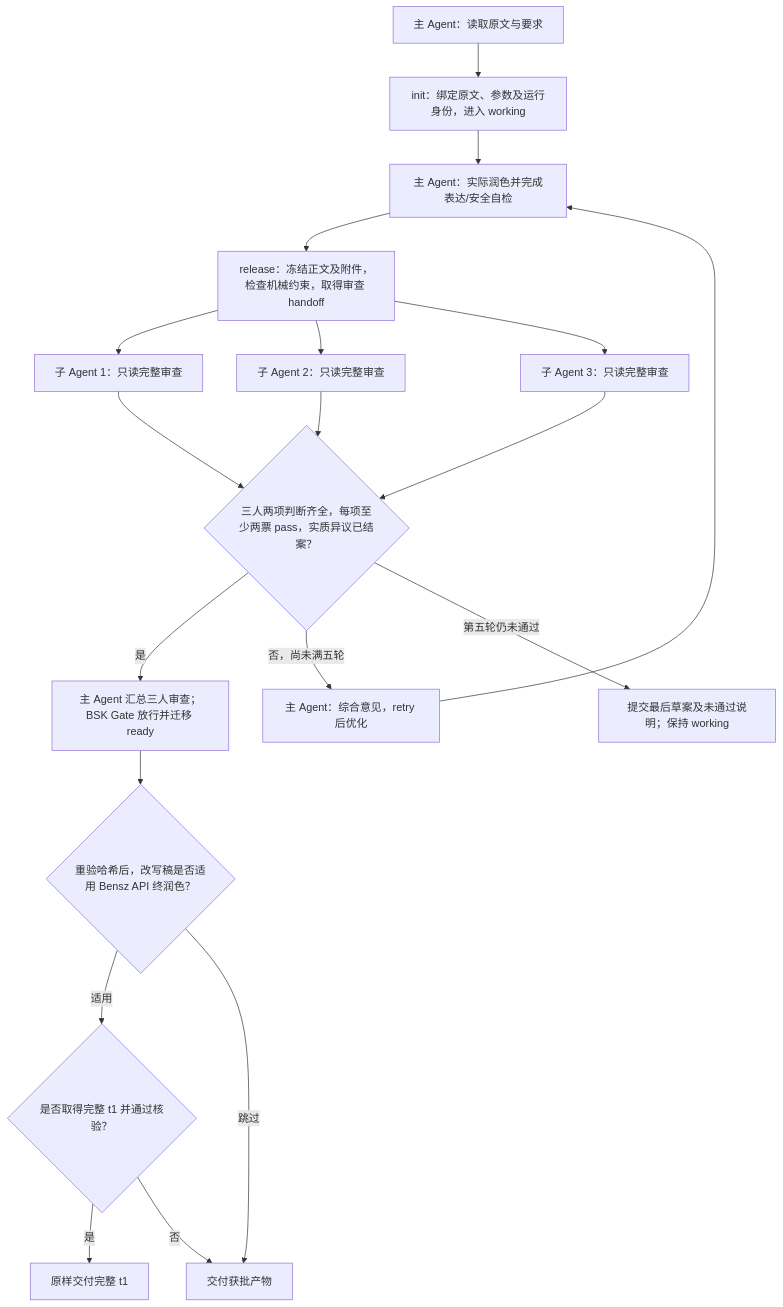
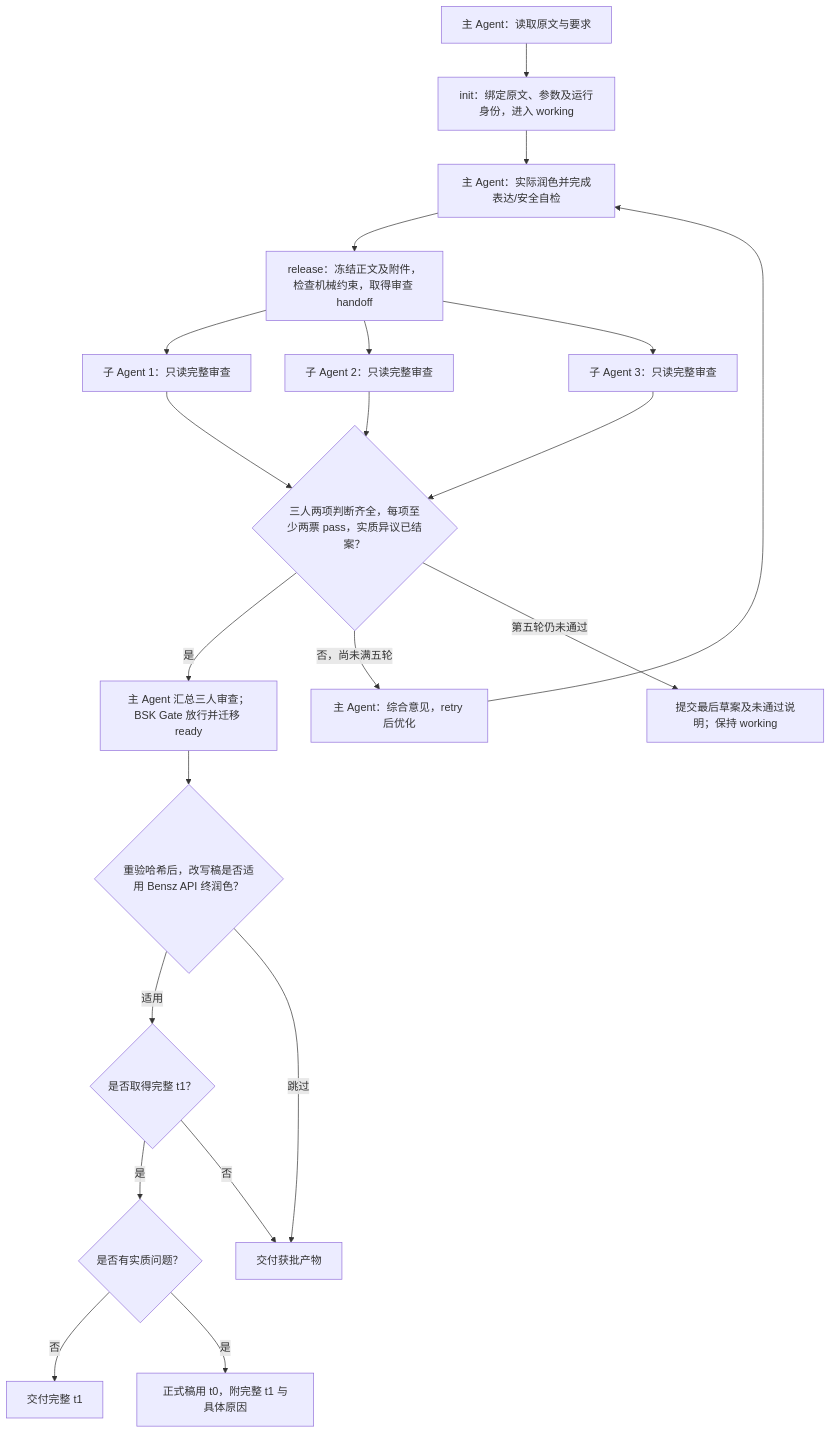
One commit to huangwb8/skills changed the diagram in skills/alpha/humanization/README.md. Above: the diagram before and after it, drawn with Mermaid. The commit also changed other lines of this file and 28 other files, not shown here.

````diff
--- a/skills/alpha/humanization/README.md
+++ b/skills/alpha/humanization/README.md
@@ -40,21 +40,23 @@
 ```mermaid
 flowchart TD
     A["主 Agent：读取原文与要求"] --> B["init：绑定原文、参数及运行身份，进入 working"]
     B --> C["主 Agent：实际润色并完成表达/安全自检"]
     C --> D["release：冻结正文及附件，检查机械约束，取得审查 handoff"]
     D --> R1["子 Agent 1：只读完整审查"]
     D --> R2["子 Agent 2：只读完整审查"]
     D --> R3["子 Agent 3：只读完整审查"]
     R1 --> Q{"三人两项判断齐全，每项至少两票 pass，实质异议已结案？"}
     R2 --> Q
     R3 --> Q
     Q -->|是| G["主 Agent 汇总三人审查；BSK Gate 放行并迁移 ready"]
     G --> F{"重验哈希后，改写稿是否适用 Bensz API 终润色？"}
-    F -->|适用| P{"是否取得完整 t1 并通过核验？"}
-    P -->|是| T["原样交付完整 t1"]
+    F -->|适用| P{"是否取得完整 t1？"}
+    P -->|是| V{"是否有实质问题？"}
+    V -->|否| T["交付完整 t1"]
+    V -->|是| K["正式稿用 t0，附完整 t1 与具体原因"]
     F -->|跳过| O["交付获批产物"]
     P -->|否| O
     Q -->|否，尚未满五轮| E["主 Agent：综合意见，retry 后优化"]
     E --> C
     Q -->|第五轮仍未通过| X["提交最后草案及未通过说明；保持 working"]
 ```
````
